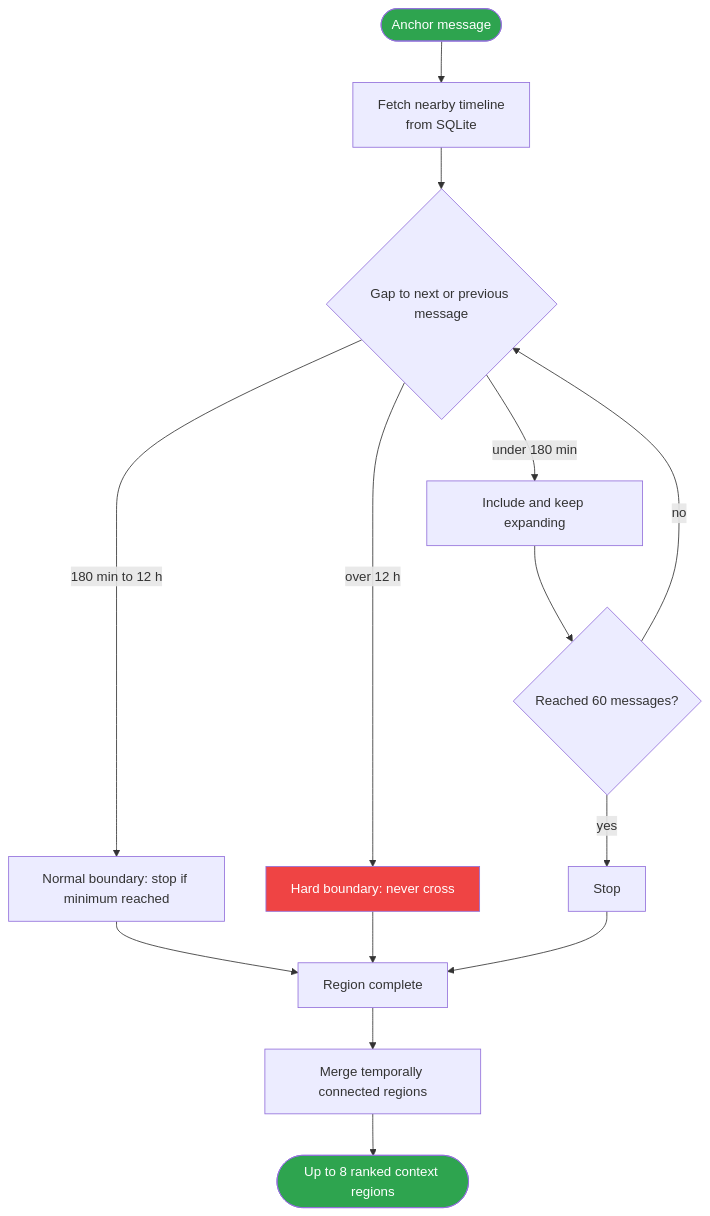
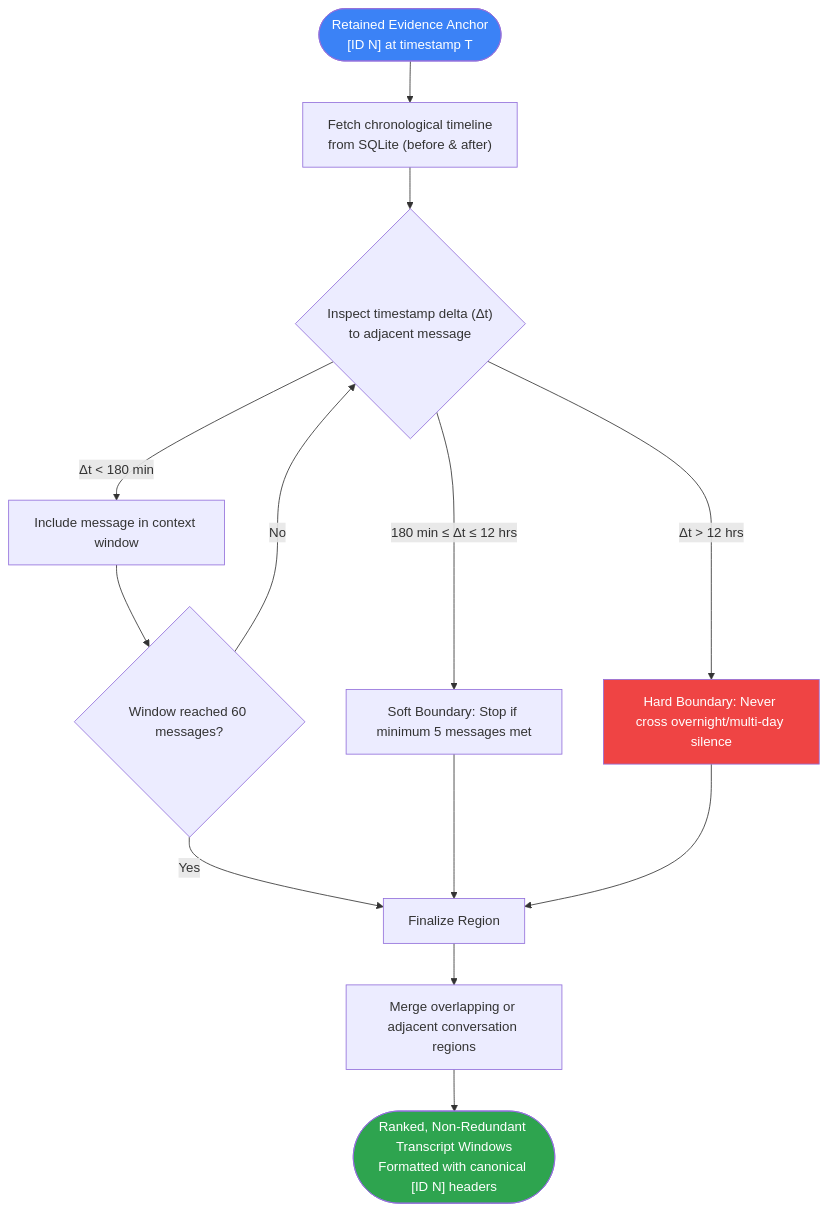
One commit to vVIBHORj/chatlens_v2 changed the fifth of 10 diagrams in README.md. Above: the diagram before and after it, drawn with Mermaid. The commit also changed other lines of this file and 5 other files, not shown here.

Commit message:
feat: context-aware relevance grading, fail-closed BM-03 comparison harness, and comprehensive README architecture update

````diff
--- a/README.md
+++ b/README.md
@@ -411,20 +298,23 @@
 ```mermaid
 flowchart TD
-    A(["Anchor message"]) --> B["Fetch nearby timeline<br/>from SQLite"]
-    B --> C{"Gap to next or previous message"}
-    C -- "under 180 min" --> D["Include and keep expanding"]
-    C -- "180 min to 12 h" --> E["Normal boundary: stop if minimum reached"]
-    C -- "over 12 h" --> F["Hard boundary: never cross"]
-    D --> G{"Reached 60 messages?"}
-    G -- "no" --> C
-    G -- "yes" --> H["Stop"]
-    E --> I["Region complete"]
-    F --> I
-    H --> I
-    I --> J["Merge temporally connected regions"]
-    J --> K(["Up to 8 ranked context regions"])
+    ANCHOR(["Retained Evidence Anchor<br/>[ID N] at timestamp T"]) --> FETCH["Fetch chronological timeline<br/>from SQLite (before & after)"]
+    FETCH --> CHECK_GAP{"Inspect timestamp delta (Δt)<br/>to adjacent message"}
 
-    style A fill:#2ea44f,color:#fff
-    style F fill:#ef4444,color:#fff
-    style K fill:#2ea44f,color:#fff
+    CHECK_GAP -- "Δt &lt; 180 min" --> EXPAND["Include message in context window"]
+    CHECK_GAP -- "180 min &le; Δt &le; 12 hrs" --> SOFT_BOUND["Soft Boundary: Stop if minimum 5 messages met"]
+    CHECK_GAP -- "Δt &gt; 12 hrs" --> HARD_BOUND["Hard Boundary: Never cross overnight/multi-day silence"]
+
+    EXPAND --> CHECK_CAP{"Window reached 60 messages?"}
+    CHECK_CAP -- "No" --> CHECK_GAP
+    CHECK_CAP -- "Yes" --> BOUNDARY["Finalize Region"]
+
+    SOFT_BOUND --> BOUNDARY
+    HARD_BOUND --> BOUNDARY
+
+    BOUNDARY --> MERGE["Merge overlapping or adjacent conversation regions"]
+    MERGE --> OUT(["Ranked, Non-Redundant Transcript Windows<br/>Formatted with canonical [ID N] headers"])
+
+    style ANCHOR fill:#3b82f6,color:#fff
+    style HARD_BOUND fill:#ef4444,color:#fff
+    style OUT fill:#2ea44f,color:#fff
 ```
````
